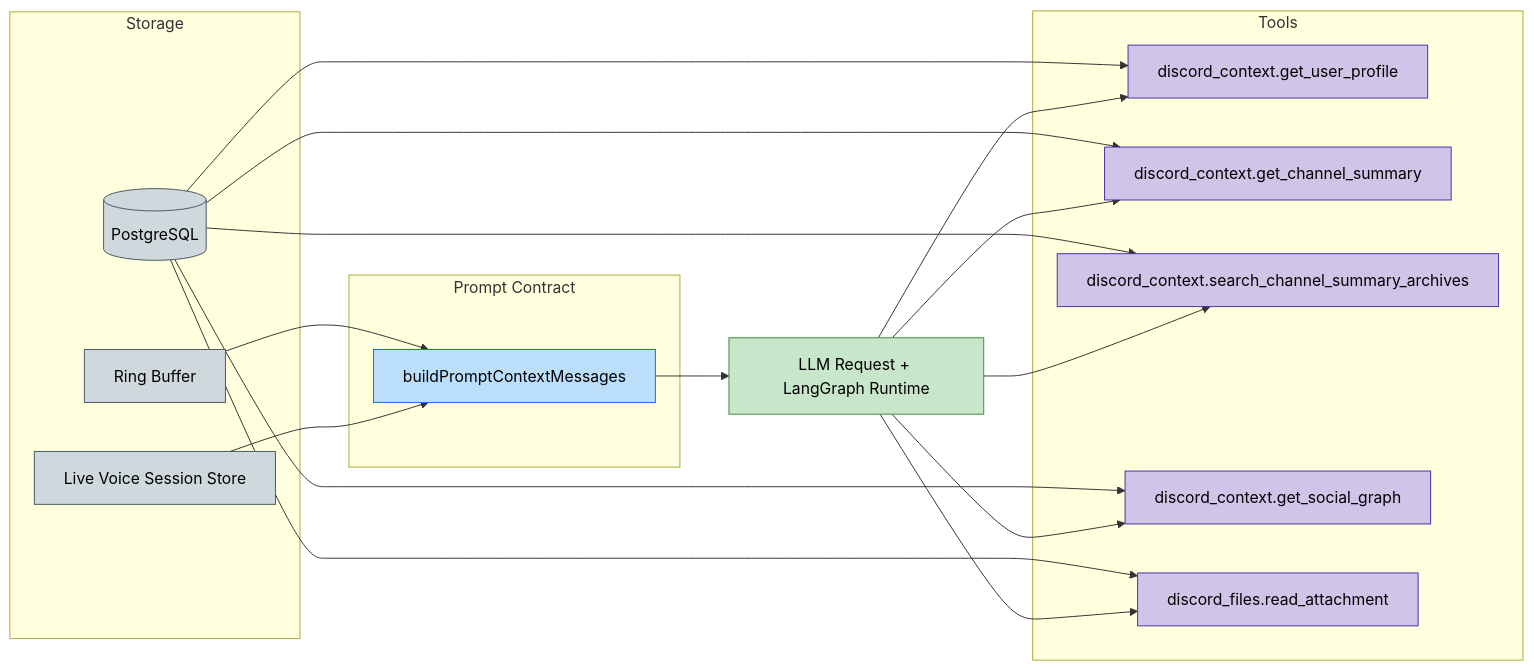
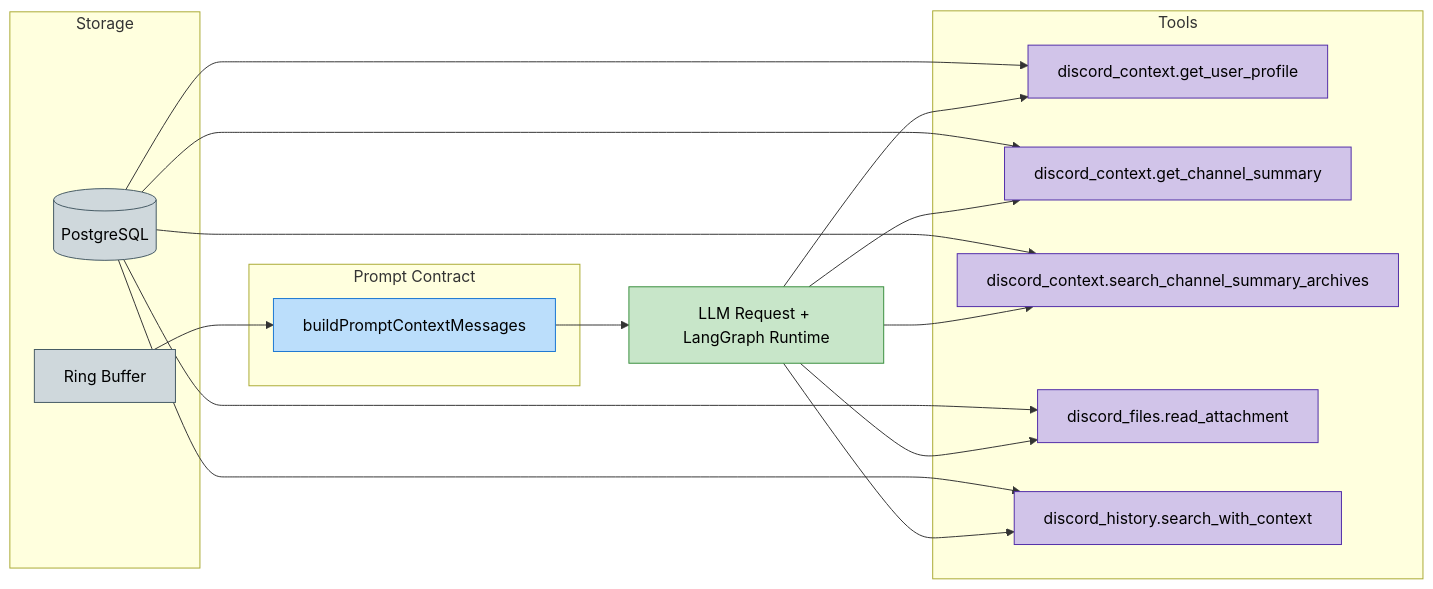
One commit to BokX1/Sage changed the diagram in docs/architecture/MEMORY.md. Above: the diagram before and after it, drawn with Mermaid. The commit also changed other lines of this file and 135 other files, not shown here.

````diff
--- a/docs/architecture/MEMORY.md
+++ b/docs/architecture/MEMORY.md
@@ -74,39 +64,37 @@
 ```mermaid
 flowchart LR
     classDef storage fill:#cfd8dc,stroke:#455a64,color:black
     classDef tools fill:#d1c4e9,stroke:#512da8,color:black
     classDef builder fill:#bbdefb,stroke:#1976d2,color:black
     classDef llm fill:#c8e6c9,stroke:#388e3c,color:black
 
     subgraph Storage
         DB[(PostgreSQL)]:::storage
         RB[Ring Buffer]:::storage
-        VS[Live Voice Session Store]:::storage
     end
 
     subgraph Tools
         U[discord_context.get_user_profile]:::tools
         C[discord_context.get_channel_summary]:::tools
         A[discord_context.search_channel_summary_archives]:::tools
-        G[discord_context.get_social_graph]:::tools
         F[discord_files.read_attachment]:::tools
+        H[discord_history.search_with_context]:::tools
     end
 
     subgraph Builder["Prompt Contract"]
         MB[buildPromptContextMessages]:::builder
     end
 
     RB --> MB
-    VS --> MB
     MB --> LLM[LLM Request + LangGraph Runtime]:::llm
     DB --> U
     DB --> C
     DB --> A
-    DB --> G
     DB --> F
+    DB --> H
     LLM --> U
     LLM --> C
     LLM --> A
-    LLM --> G
     LLM --> F
+    LLM --> H
 ```
````
